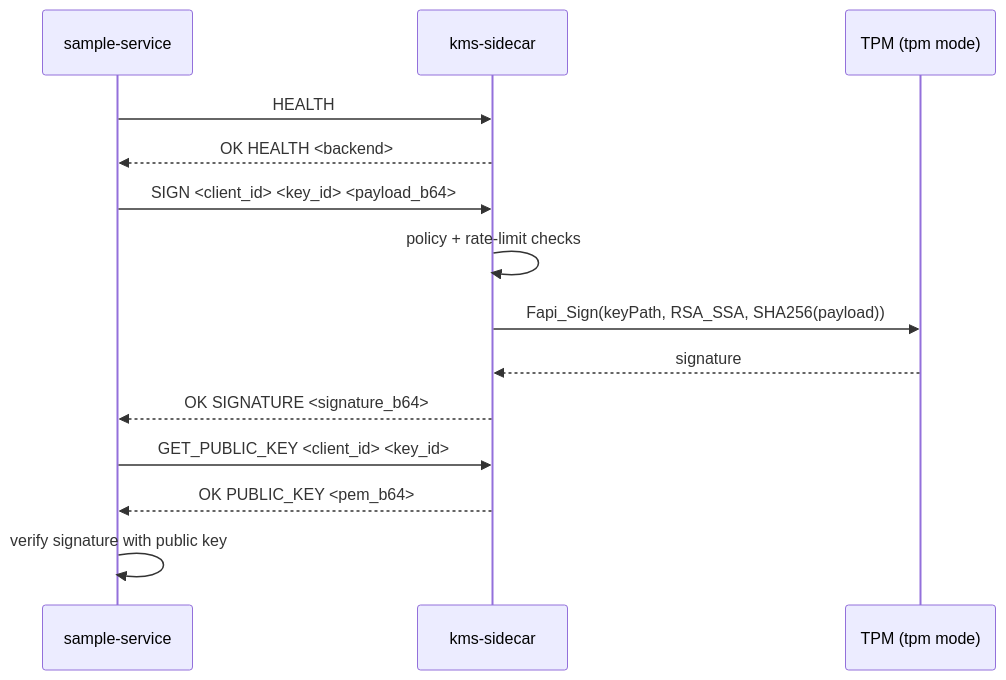
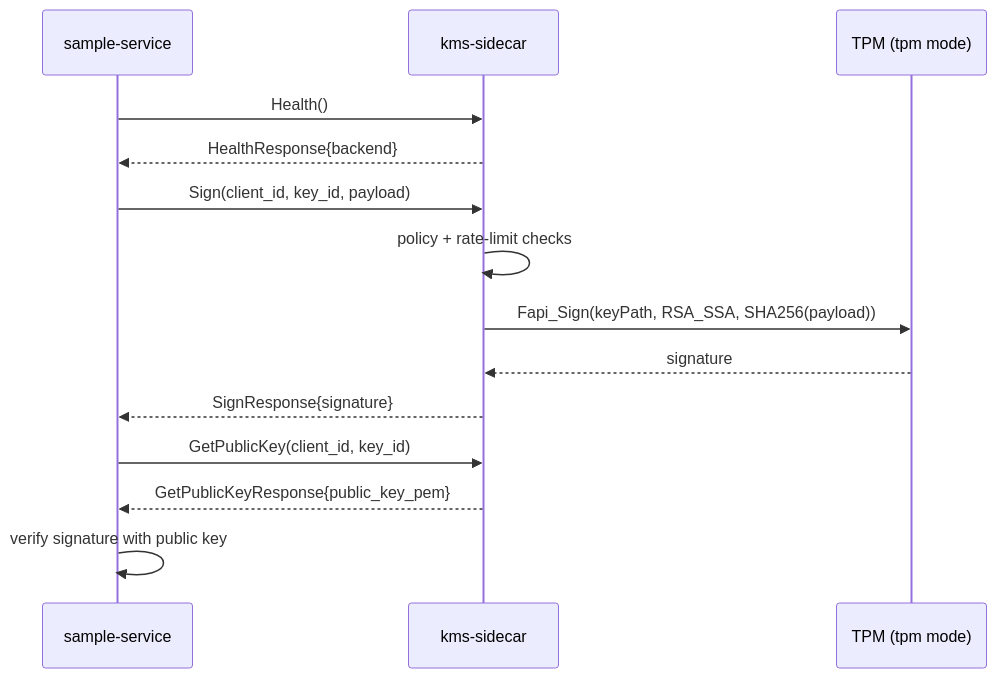
Before and after one commit to snambakam/hw-binding-samples: the second of 2 diagrams in README.md, drawn with Mermaid. The commit also changed other lines of this file and 16 other files, not shown here.

````diff
--- a/README.md
+++ b/README.md
@@ -37,16 +45,16 @@
 ```mermaid
 sequenceDiagram
     participant App as sample-service
     participant KMS as kms-sidecar
     participant TPM as TPM (tpm mode)
-    App->>KMS: HEALTH
-    KMS-->>App: OK HEALTH <backend>
-    App->>KMS: SIGN <client_id> <key_id> <payload_b64>
+    App->>KMS: Health()
+    KMS-->>App: HealthResponse{backend}
+    App->>KMS: Sign(client_id, key_id, payload)
     KMS->>KMS: policy + rate-limit checks
     KMS->>TPM: Fapi_Sign(keyPath, RSA_SSA, SHA256(payload))
     TPM-->>KMS: signature
-    KMS-->>App: OK SIGNATURE <signature_b64>
-    App->>KMS: GET_PUBLIC_KEY <client_id> <key_id>
-    KMS-->>App: OK PUBLIC_KEY <pem_b64>
+    KMS-->>App: SignResponse{signature}
+    App->>KMS: GetPublicKey(client_id, key_id)
+    KMS-->>App: GetPublicKeyResponse{public_key_pem}
     App->>App: verify signature with public key
 ```
````
